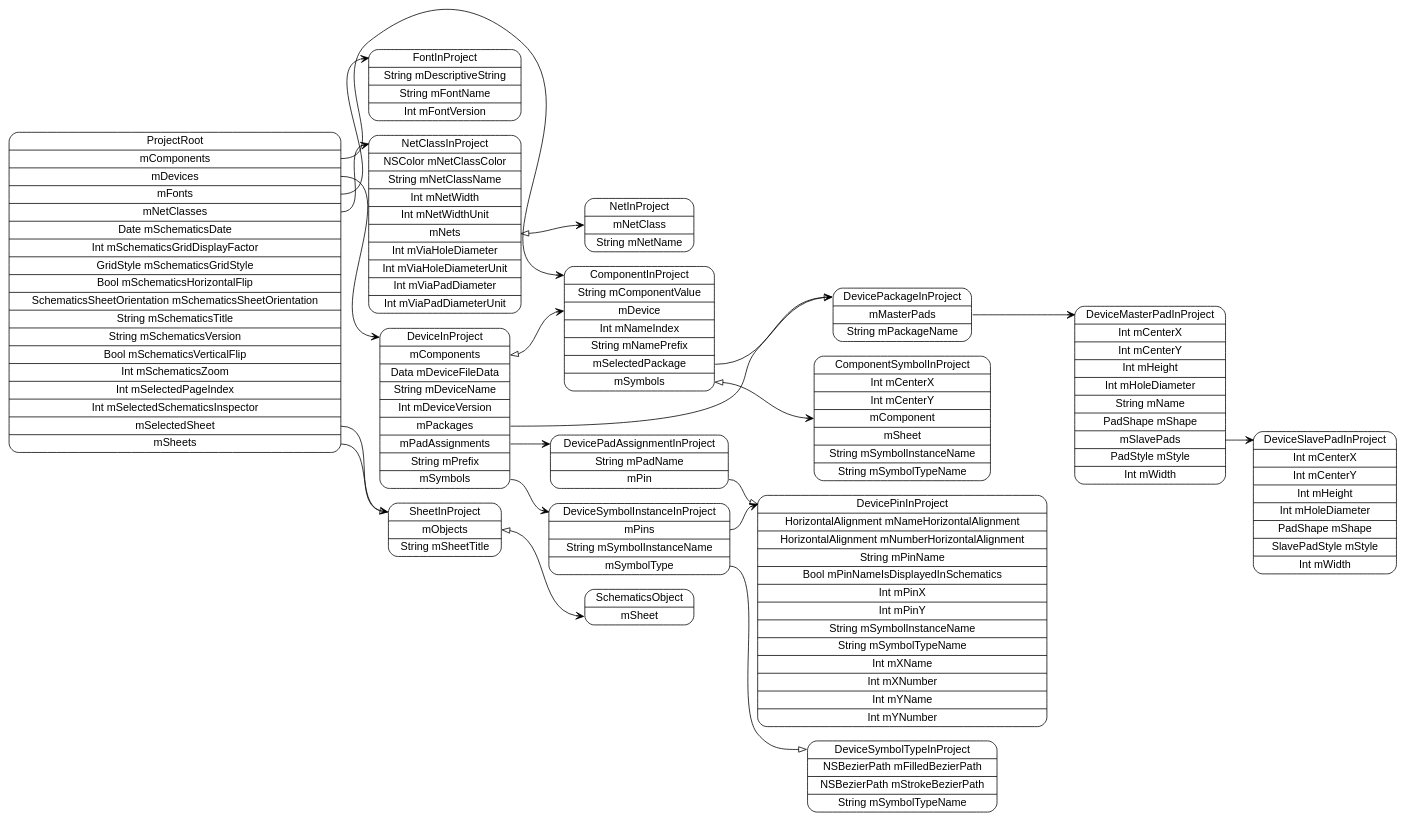
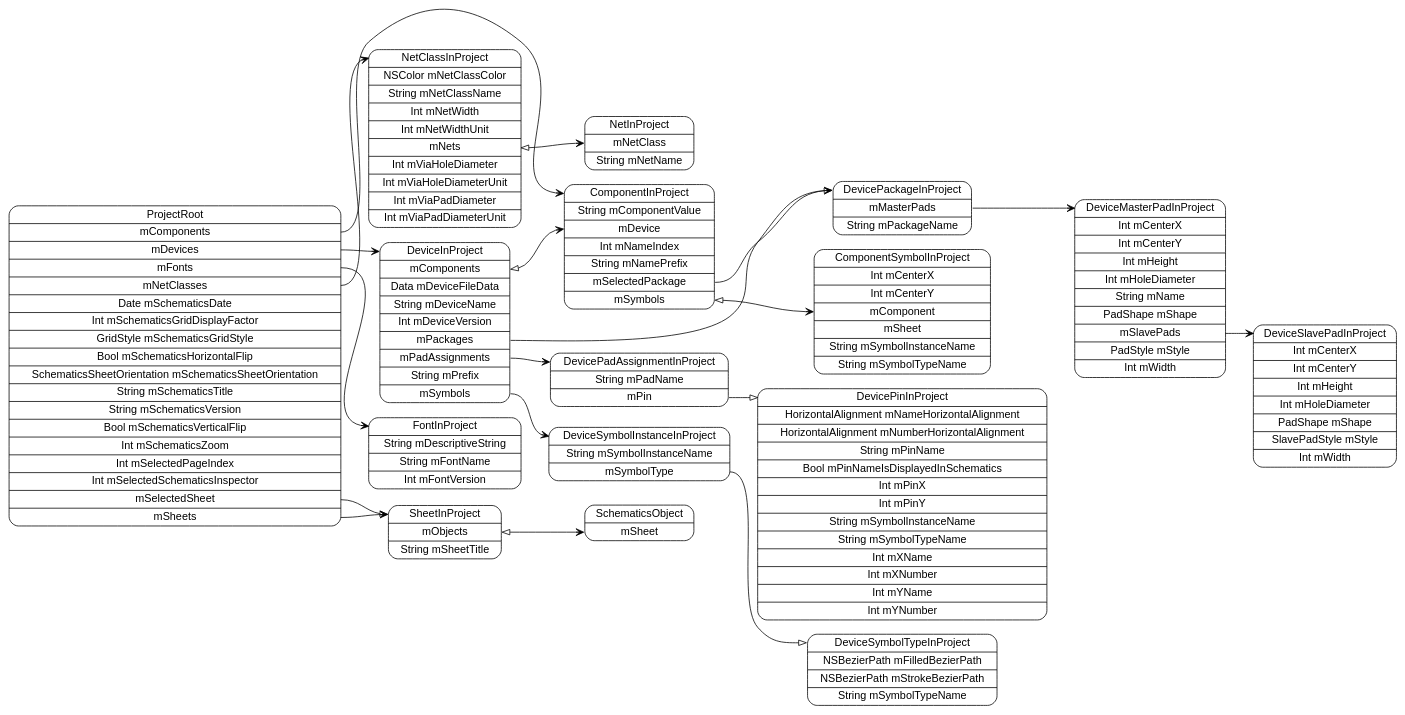
The diagram in models/ProjectRoot.dot (pierremolinaro/ElCanari-dev), drawn with Graphviz before and after one commit. The commit also changed 11 other files, not shown here.

Commit message:
Suppression DeviceSymbolInstanceInProject mPins

```diff
--- a/models/ProjectRoot.dot
+++ b/models/ProjectRoot.dot
@@ -1,39 +1,38 @@
 digraph G {
   rankdir=LR ;
   node [shape=record fontname=helvetica style=rounded] ;
   ProjectRoot[label="<ProjectRoot>ProjectRoot|<mComponents>mComponents|<mDevices>mDevices|<mFonts>mFonts|<mNetClasses>mNetClasses|Date mSchematicsDate|Int mSchematicsGridDisplayFactor|GridStyle mSchematicsGridStyle|Bool mSchematicsHorizontalFlip|SchematicsSheetOrientation mSchematicsSheetOrientation|String mSchematicsTitle|String mSchematicsVersion|Bool mSchematicsVerticalFlip|Int mSchematicsZoom|Int mSelectedPageIndex|Int mSelectedSchematicsInspector|<mSelectedSheet>mSelectedSheet|<mSheets>mSheets"] ;
   SheetInProject[label="<SheetInProject>SheetInProject|<mObjects>mObjects|String mSheetTitle"] ;
   SchematicsObject[label="<SchematicsObject>SchematicsObject|<mSheet>mSheet"] ;
   NetClassInProject[label="<NetClassInProject>NetClassInProject|NSColor mNetClassColor|String mNetClassName|Int mNetWidth|Int mNetWidthUnit|<mNets>mNets|Int mViaHoleDiameter|Int mViaHoleDiameterUnit|Int mViaPadDiameter|Int mViaPadDiameterUnit"] ;
   NetInProject[label="<NetInProject>NetInProject|<mNetClass>mNetClass|String mNetName"] ;
   FontInProject[label="<FontInProject>FontInProject|String mDescriptiveString|String mFontName|Int mFontVersion"] ;
   DeviceInProject[label="<DeviceInProject>DeviceInProject|<mComponents>mComponents|Data mDeviceFileData|String mDeviceName|Int mDeviceVersion|<mPackages>mPackages|<mPadAssignments>mPadAssignments|String mPrefix|<mSymbols>mSymbols"] ;
-  DeviceSymbolInstanceInProject[label="<DeviceSymbolInstanceInProject>DeviceSymbolInstanceInProject|<mPins>mPins|String mSymbolInstanceName|<mSymbolType>mSymbolType"] ;
+  DeviceSymbolInstanceInProject[label="<DeviceSymbolInstanceInProject>DeviceSymbolInstanceInProject|String mSymbolInstanceName|<mSymbolType>mSymbolType"] ;
   DeviceSymbolTypeInProject[label="<DeviceSymbolTypeInProject>DeviceSymbolTypeInProject|NSBezierPath mFilledBezierPath|NSBezierPath mStrokeBezierPath|String mSymbolTypeName"] ;
+  DevicePadAssignmentInProject[label="<DevicePadAssignmentInProject>DevicePadAssignmentInProject|String mPadName|<mPin>mPin"] ;
   DevicePinInProject[label="<DevicePinInProject>DevicePinInProject|HorizontalAlignment mNameHorizontalAlignment|HorizontalAlignment mNumberHorizontalAlignment|String mPinName|Bool mPinNameIsDisplayedInSchematics|Int mPinX|Int mPinY|String mSymbolInstanceName|String mSymbolTypeName|Int mXName|Int mXNumber|Int mYName|Int mYNumber"] ;
-  DevicePadAssignmentInProject[label="<DevicePadAssignmentInProject>DevicePadAssignmentInProject|String mPadName|<mPin>mPin"] ;
   DevicePackageInProject[label="<DevicePackageInProject>DevicePackageInProject|<mMasterPads>mMasterPads|String mPackageName"] ;
   DeviceMasterPadInProject[label="<DeviceMasterPadInProject>DeviceMasterPadInProject|Int mCenterX|Int mCenterY|Int mHeight|Int mHoleDiameter|String mName|PadShape mShape|<mSlavePads>mSlavePads|PadStyle mStyle|Int mWidth"] ;
   DeviceSlavePadInProject[label="<DeviceSlavePadInProject>DeviceSlavePadInProject|Int mCenterX|Int mCenterY|Int mHeight|Int mHoleDiameter|PadShape mShape|SlavePadStyle mStyle|Int mWidth"] ;
   ComponentInProject[label="<ComponentInProject>ComponentInProject|String mComponentValue|<mDevice>mDevice|Int mNameIndex|String mNamePrefix|<mSelectedPackage>mSelectedPackage|<mSymbols>mSymbols"] ;
   ComponentSymbolInProject[label="<ComponentSymbolInProject>ComponentSymbolInProject|Int mCenterX|Int mCenterY|<mComponent>mComponent|<mSheet>mSheet|String mSymbolInstanceName|String mSymbolTypeName"] ;
   ProjectRoot:mComponents -> ComponentInProject:ComponentInProject [dir=both arrowtail=none arrowhead=vee] ;
   ProjectRoot:mDevices -> DeviceInProject:DeviceInProject [dir=both arrowtail=none arrowhead=vee] ;
   ProjectRoot:mFonts -> FontInProject:FontInProject [dir=both arrowtail=none arrowhead=vee] ;
   ProjectRoot:mNetClasses -> NetClassInProject:NetClassInProject [dir=both arrowtail=none arrowhead=vee] ;
   ProjectRoot:mSelectedSheet -> SheetInProject:SheetInProject [dir=both arrowtail=none arrowhead=onormal] ;
   ProjectRoot:mSheets -> SheetInProject:SheetInProject [dir=both arrowtail=none arrowhead=vee] ;
   SheetInProject:mObjects -> SchematicsObject:mSheet [dir=both arrowtail=onormal arrowhead=vee] ;
   NetClassInProject:mNets -> NetInProject:mNetClass [dir=both arrowtail=onormal arrowhead=vee] ;
   DeviceInProject:mComponents -> ComponentInProject:mDevice [dir=both arrowtail=onormal arrowhead=vee] ;
   DeviceInProject:mPackages -> DevicePackageInProject:DevicePackageInProject [dir=both arrowtail=none arrowhead=vee] ;
   DeviceInProject:mPadAssignments -> DevicePadAssignmentInProject:DevicePadAssignmentInProject [dir=both arrowtail=none arrowhead=vee] ;
   DeviceInProject:mSymbols -> DeviceSymbolInstanceInProject:DeviceSymbolInstanceInProject [dir=both arrowtail=none arrowhead=vee] ;
-  DeviceSymbolInstanceInProject:mPins -> DevicePinInProject:DevicePinInProject [dir=both arrowtail=none arrowhead=vee] ;
   DeviceSymbolInstanceInProject:mSymbolType -> DeviceSymbolTypeInProject:DeviceSymbolTypeInProject [dir=both arrowtail=none arrowhead=onormal] ;
   DevicePadAssignmentInProject:mPin -> DevicePinInProject:DevicePinInProject [dir=both arrowtail=none arrowhead=onormal] ;
   DevicePackageInProject:mMasterPads -> DeviceMasterPadInProject:DeviceMasterPadInProject [dir=both arrowtail=none arrowhead=vee] ;
   DeviceMasterPadInProject:mSlavePads -> DeviceSlavePadInProject:DeviceSlavePadInProject [dir=both arrowtail=none arrowhead=vee] ;
   ComponentInProject:mSelectedPackage -> DevicePackageInProject:DevicePackageInProject [dir=both arrowtail=none arrowhead=onormal] ;
   ComponentInProject:mSymbols -> ComponentSymbolInProject:mComponent [dir=both arrowtail=onormal arrowhead=vee] ;
 }
```
